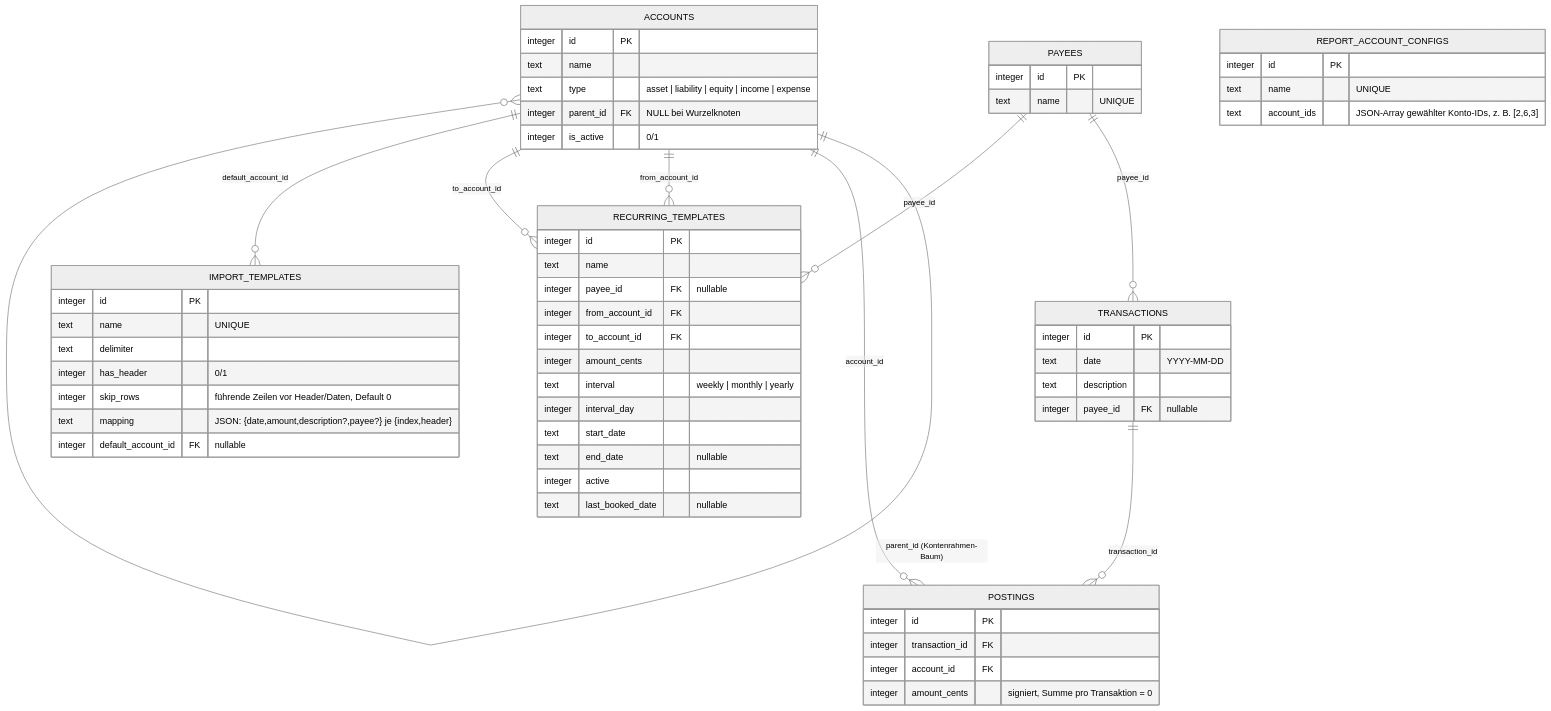
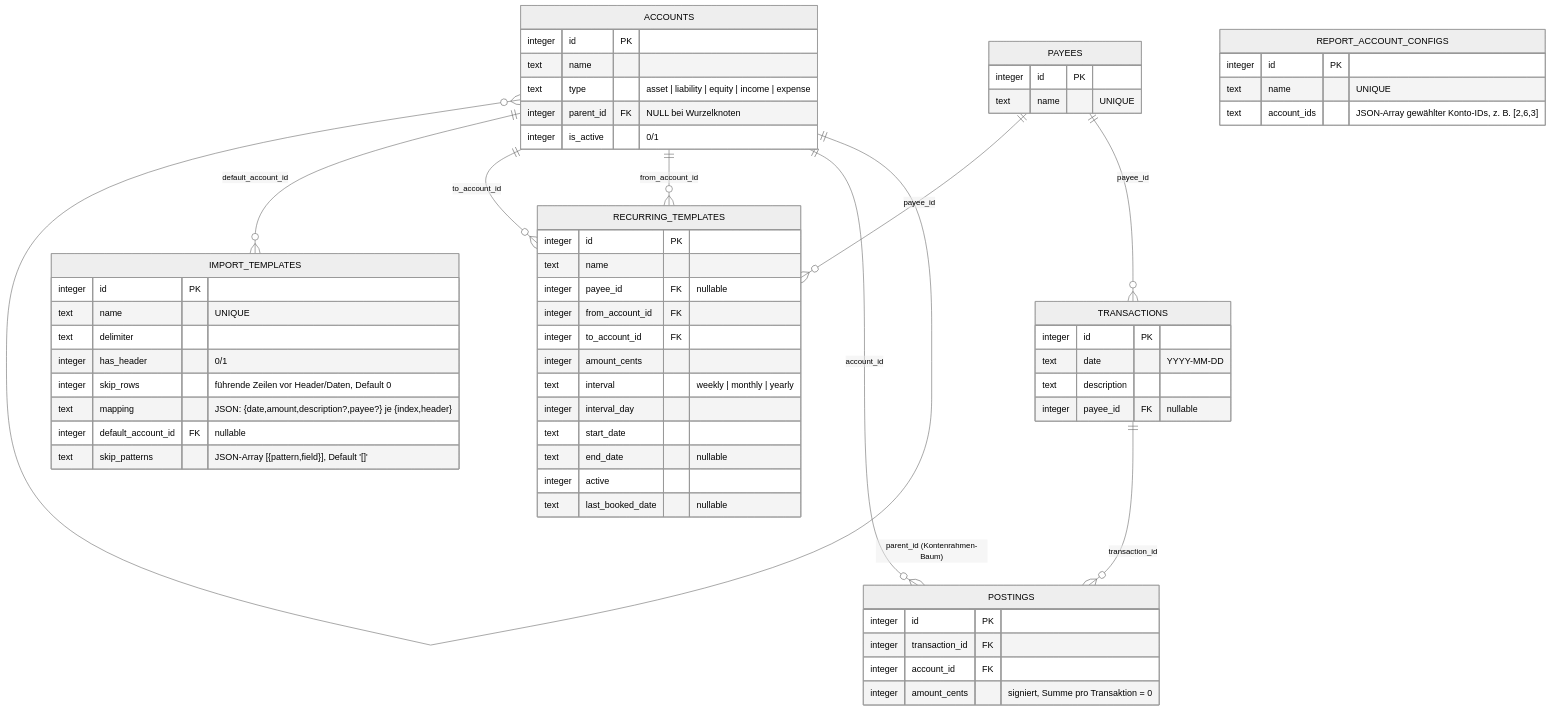
One commit to thomasblankschein/fintracker changed the diagram in DATENMODELL.md. Above: the diagram before and after it, drawn with Mermaid (neutral theme). The commit also changed other lines of this file and 9 other files, not shown here.

First line of the commit message:
Add regex skip-patterns to CSV import templates

````diff
--- a/DATENMODELL.md
+++ b/DATENMODELL.md
@@ -7,63 +7,64 @@
 ```mermaid
 erDiagram
     ACCOUNTS {
         integer id PK
         text name
         text type "asset | liability | equity | income | expense"
         integer parent_id FK "NULL bei Wurzelknoten"
         integer is_active "0/1"
     }
     PAYEES {
         integer id PK
         text name "UNIQUE"
     }
     TRANSACTIONS {
         integer id PK
         text date "YYYY-MM-DD"
         text description
         integer payee_id FK "nullable"
     }
     POSTINGS {
         integer id PK
         integer transaction_id FK
         integer account_id FK
         integer amount_cents "signiert, Summe pro Transaktion = 0"
     }
     RECURRING_TEMPLATES {
         integer id PK
         text name
         integer payee_id FK "nullable"
         integer from_account_id FK
         integer to_account_id FK
         integer amount_cents
         text interval "weekly | monthly | yearly"
         integer interval_day
         text start_date
         text end_date "nullable"
         integer active
         text last_booked_date "nullable"
     }
     IMPORT_TEMPLATES {
         integer id PK
         text name "UNIQUE"
         text delimiter
         integer has_header "0/1"
         integer skip_rows "führende Zeilen vor Header/Daten, Default 0"
         text mapping "JSON: {date,amount,description?,payee?} je {index,header}"
         integer default_account_id FK "nullable"
+        text skip_patterns "JSON-Array [{pattern,field}], Default '[]'"
     }
     REPORT_ACCOUNT_CONFIGS {
         integer id PK
         text name "UNIQUE"
         text account_ids "JSON-Array gewählter Konto-IDs, z. B. [2,6,3]"
     }
 
     ACCOUNTS ||--o{ ACCOUNTS       : "parent_id (Kontenrahmen-Baum)"
     ACCOUNTS ||--o{ POSTINGS       : "account_id"
     TRANSACTIONS ||--o{ POSTINGS   : "transaction_id"
     PAYEES ||--o{ TRANSACTIONS     : "payee_id"
     PAYEES ||--o{ RECURRING_TEMPLATES : "payee_id"
     ACCOUNTS ||--o{ RECURRING_TEMPLATES : "from_account_id"
     ACCOUNTS ||--o{ RECURRING_TEMPLATES : "to_account_id"
     ACCOUNTS ||--o{ IMPORT_TEMPLATES : "default_account_id"
 ```
````
